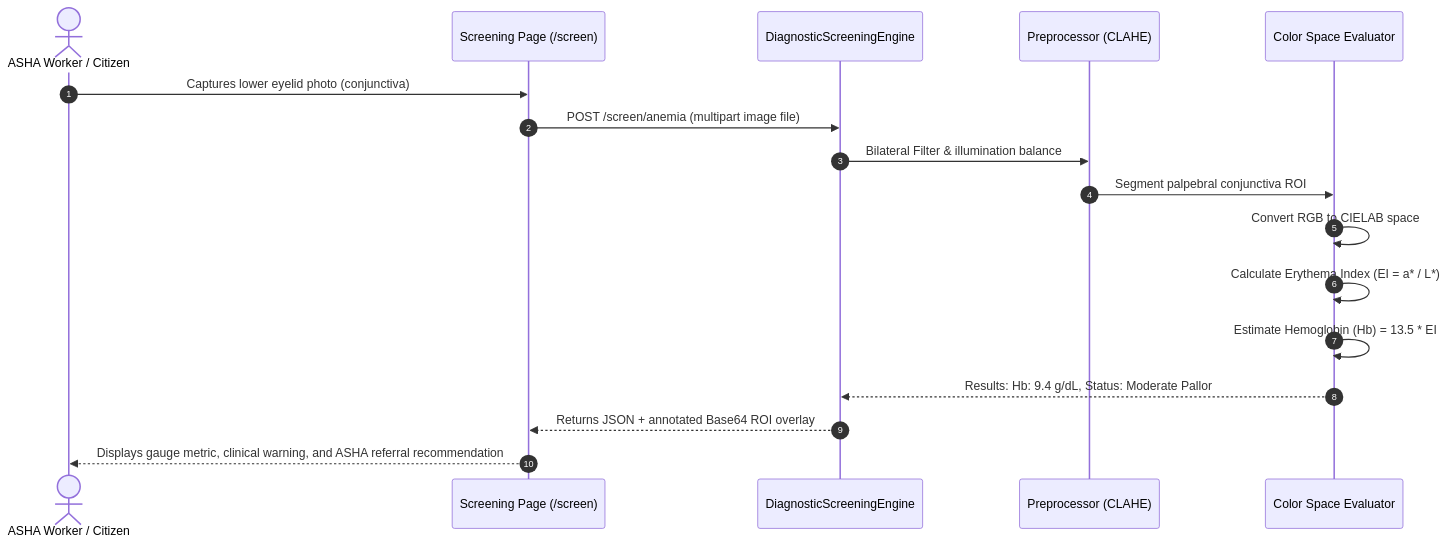
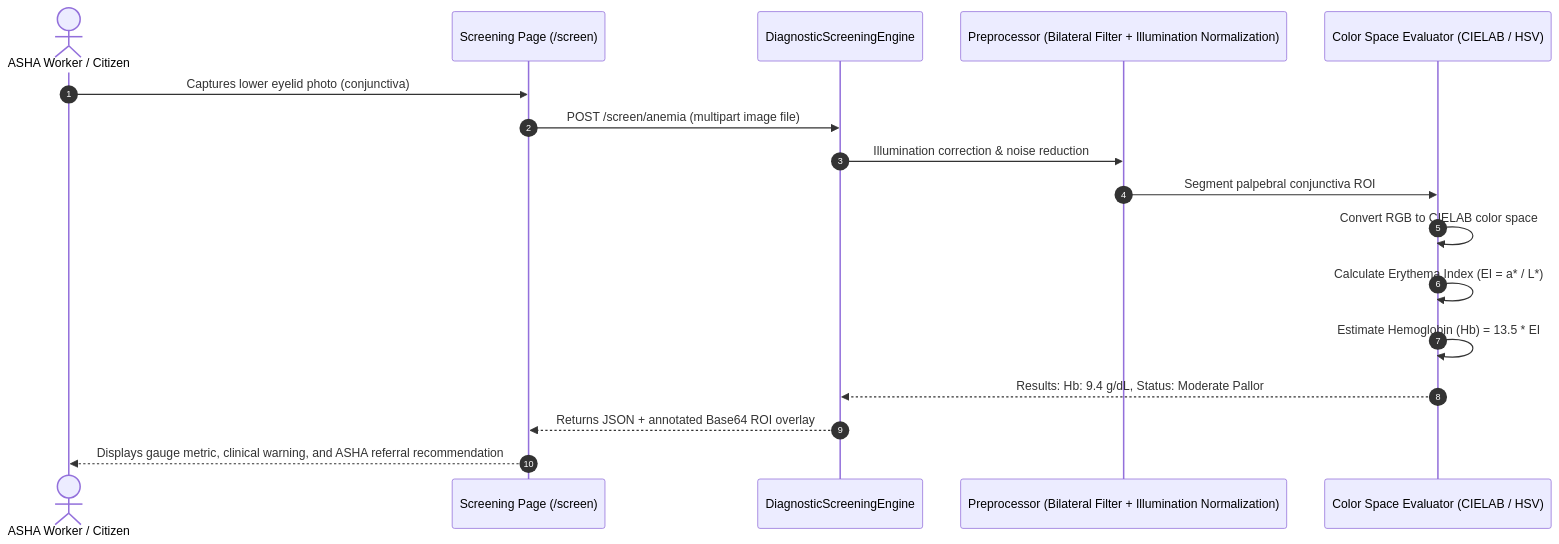
The sixth of 6 diagrams in Documentation/02_ARCHITECTURE_AND_WORKFLOW.md (Sachinsingh198/Sanjeevani), drawn with Mermaid before and after one commit. The commit also changed other lines of this file and 89 other files, not shown here.

````diff
--- a/Documentation/02_ARCHITECTURE_AND_WORKFLOW.md
+++ b/Documentation/02_ARCHITECTURE_AND_WORKFLOW.md
@@ -153,20 +240,20 @@
 ```mermaid
 sequenceDiagram
     autonumber
     actor Worker as ASHA Worker / Citizen
     participant Client as Screening Page (/screen)
     participant Engine as DiagnosticScreeningEngine
-    participant Preproc as Preprocessor (CLAHE)
-    participant Calc as Color Space Evaluator
+    participant Preproc as Preprocessor (Bilateral Filter + Illumination Normalization)
+    participant Calc as Color Space Evaluator (CIELAB / HSV)
 
     Worker->>Client: Captures lower eyelid photo (conjunctiva)
     Client->>Engine: POST /screen/anemia (multipart image file)
-    Engine->>Preproc: Bilateral Filter & illumination balance
+    Engine->>Preproc: Illumination correction & noise reduction
     Preproc->>Calc: Segment palpebral conjunctiva ROI
-    Calc->>Calc: Convert RGB to CIELAB space
+    Calc->>Calc: Convert RGB to CIELAB color space
     Calc->>Calc: Calculate Erythema Index (EI = a* / L*)
     Calc->>Calc: Estimate Hemoglobin (Hb) = 13.5 * EI
     Calc-->>Engine: Results: Hb: 9.4 g/dL, Status: Moderate Pallor
     Engine-->>Client: Returns JSON + annotated Base64 ROI overlay
     Client-->>Worker: Displays gauge metric, clinical warning, and ASHA referral recommendation
 ```
````
